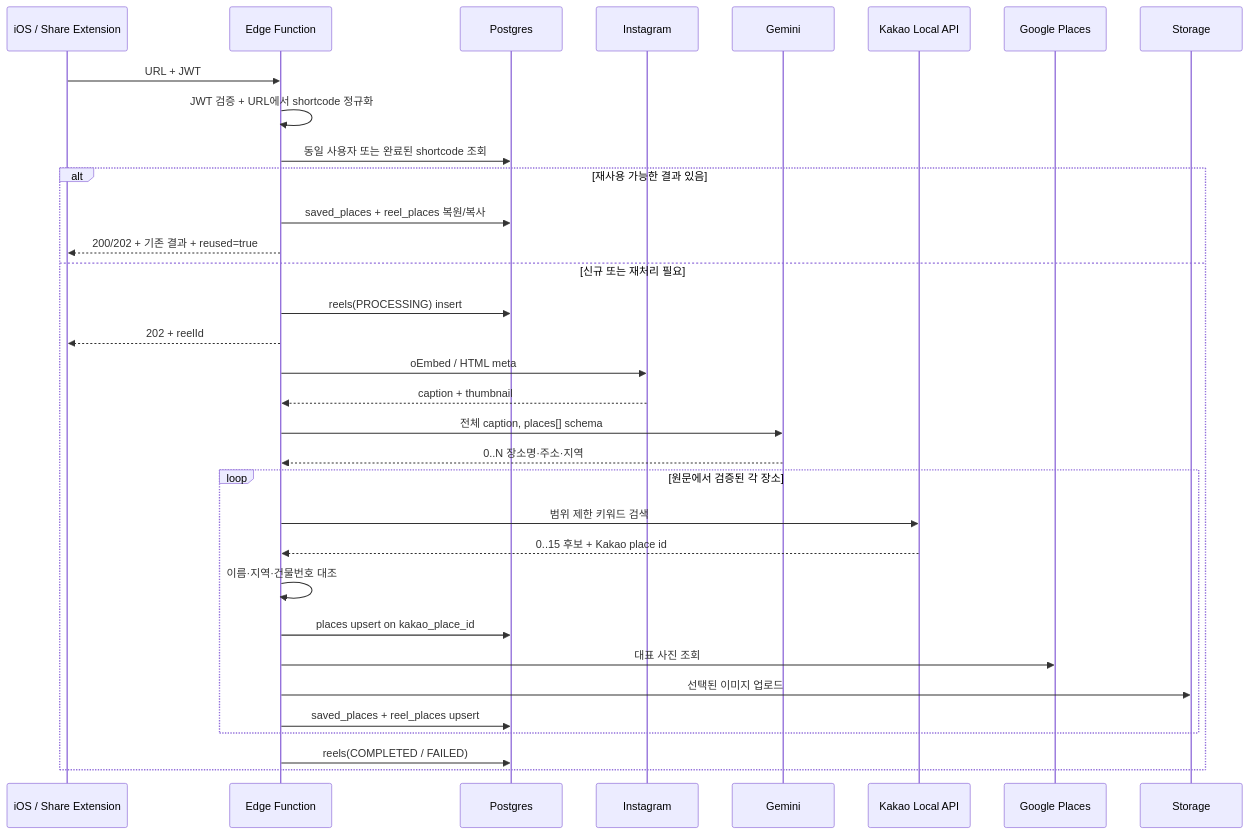
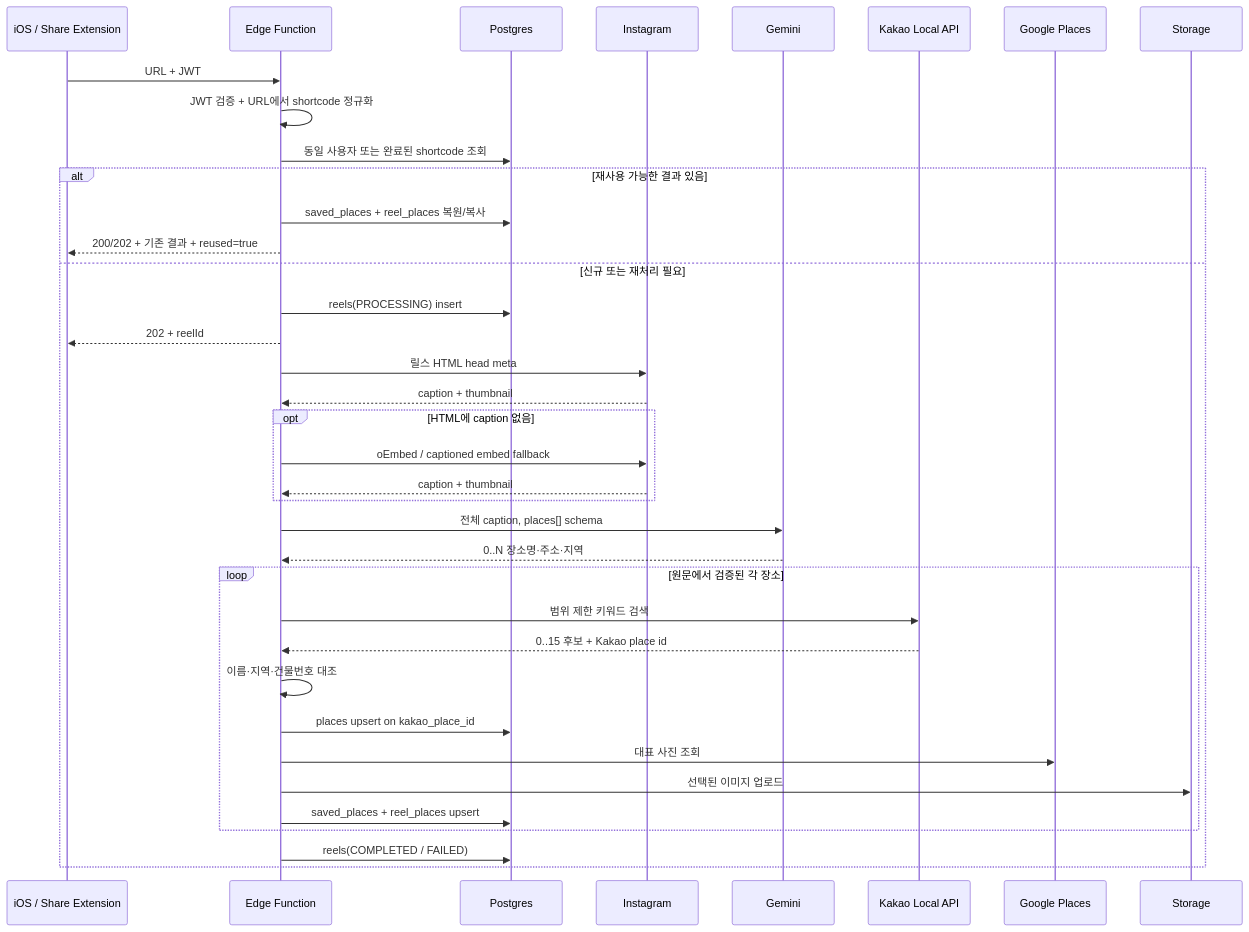
One commit to Jiihyun/yeogidam changed the diagram in docs/save-instagram-reel-flow.md. Above: the diagram before and after it, drawn with Mermaid. The commit also changed other lines of this file and 5 other files, not shown here.

````diff
--- a/docs/save-instagram-reel-flow.md
+++ b/docs/save-instagram-reel-flow.md
@@ -28,36 +28,40 @@
 ```mermaid
 sequenceDiagram
     participant U as iOS / Share Extension
     participant F as Edge Function
     participant D as Postgres
     participant I as Instagram
     participant AI as Gemini
     participant K as Kakao Local API
     participant G as Google Places
     participant S as Storage
 
     U->>F: URL + JWT
     F->>F: JWT 검증 + URL에서 shortcode 정규화
     F->>D: 동일 사용자 또는 완료된 shortcode 조회
     alt 재사용 가능한 결과 있음
         F->>D: saved_places + reel_places 복원/복사
         F-->>U: 200/202 + 기존 결과 + reused=true
     else 신규 또는 재처리 필요
     F->>D: reels(PROCESSING) insert
     F-->>U: 202 + reelId
-    F->>I: oEmbed / HTML meta
+    F->>I: 릴스 HTML head meta
     I-->>F: caption + thumbnail
+    opt HTML에 caption 없음
+        F->>I: oEmbed / captioned embed fallback
+        I-->>F: caption + thumbnail
+    end
     F->>AI: 전체 caption, places[] schema
     AI-->>F: 0..N 장소명·주소·지역
     loop 원문에서 검증된 각 장소
         F->>K: 범위 제한 키워드 검색
         K-->>F: 0..15 후보 + Kakao place id
         F->>F: 이름·지역·건물번호 대조
         F->>D: places upsert on kakao_place_id
         F->>G: 대표 사진 조회
         F->>S: 선택된 이미지 업로드
         F->>D: saved_places + reel_places upsert
     end
     F->>D: reels(COMPLETED / FAILED)
     end
 ```
````
